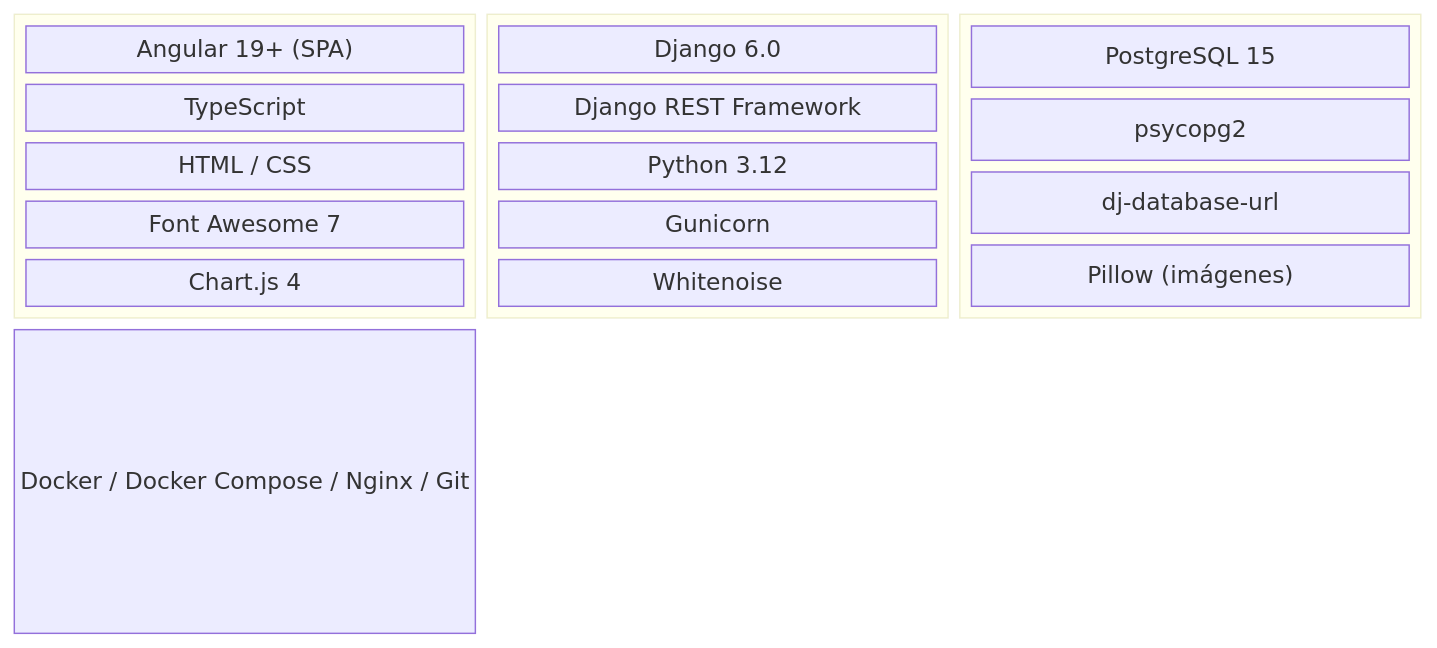
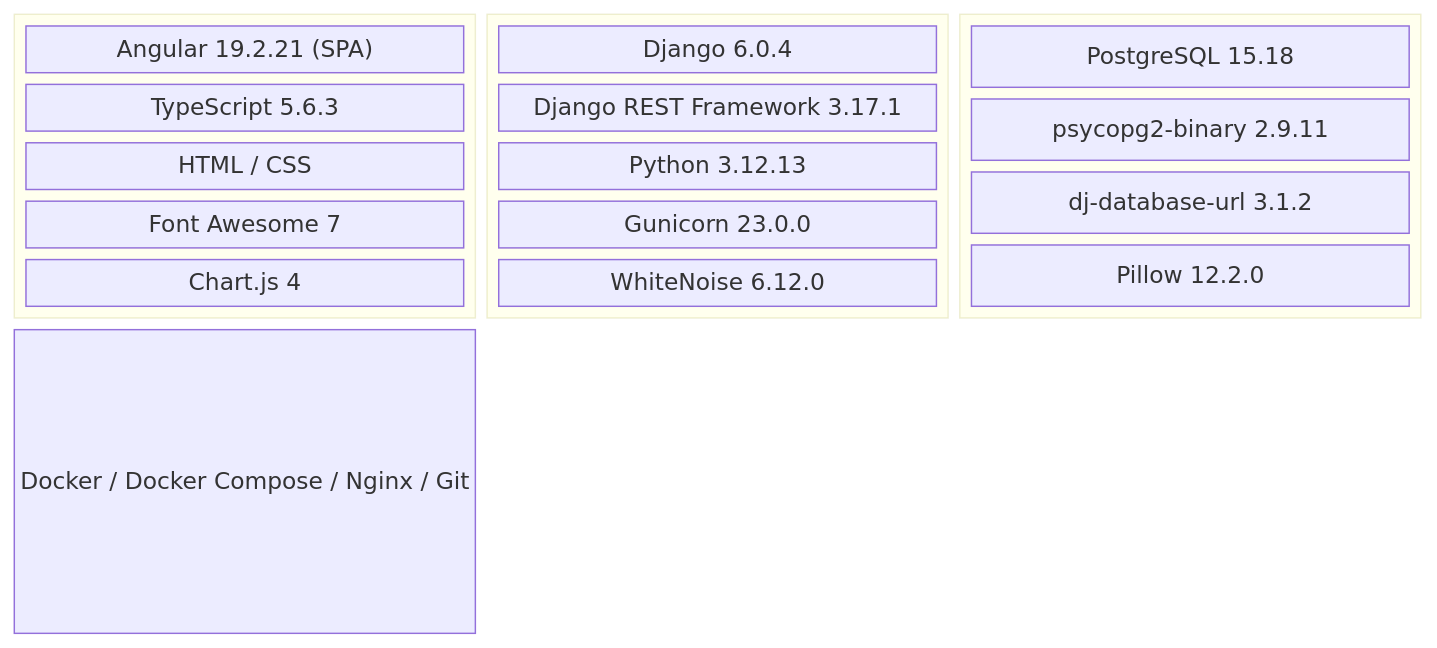
Before and after one commit to AlejandroSepulvedaDuarte/SofInventory: the first of 7 diagrams in docs/MANUAL_TECNICO.md, drawn with Mermaid. The commit also changed other lines of this file and 76 other files, not shown here.

````diff
--- a/docs/MANUAL_TECNICO.md
+++ b/docs/MANUAL_TECNICO.md
@@ -145,28 +166,28 @@
 ```mermaid
 block-beta
     columns 3
     block:FRONTEND:1
         columns 1
-        F1["Angular 19+ (SPA)"]
-        F2["TypeScript"]
+        F1["Angular 19.2.21 (SPA)"]
+        F2["TypeScript 5.6.3"]
         F3["HTML / CSS"]
         F4["Font Awesome 7"]
         F5["Chart.js 4"]
     end
     block:BACKEND:1
         columns 1
-        B1["Django 6.0"]
-        B2["Django REST Framework"]
-        B3["Python 3.12"]
-        B4["Gunicorn"]
-        B5["Whitenoise"]
+        B1["Django 6.0.4"]
+        B2["Django REST Framework 3.17.1"]
+        B3["Python 3.12.13"]
+        B4["Gunicorn 23.0.0"]
+        B5["WhiteNoise 6.12.0"]
     end
     block:DATABASE:1
         columns 1
-        D1["PostgreSQL 15"]
-        D2["psycopg2"]
-        D3["dj-database-url"]
-        D4["Pillow (imágenes)"]
+        D1["PostgreSQL 15.18"]
+        D2["psycopg2-binary 2.9.11"]
+        D3["dj-database-url 3.1.2"]
+        D4["Pillow 12.2.0"]
     end
     INFRA["Docker / Docker Compose / Nginx / Git"]
 ```
````
